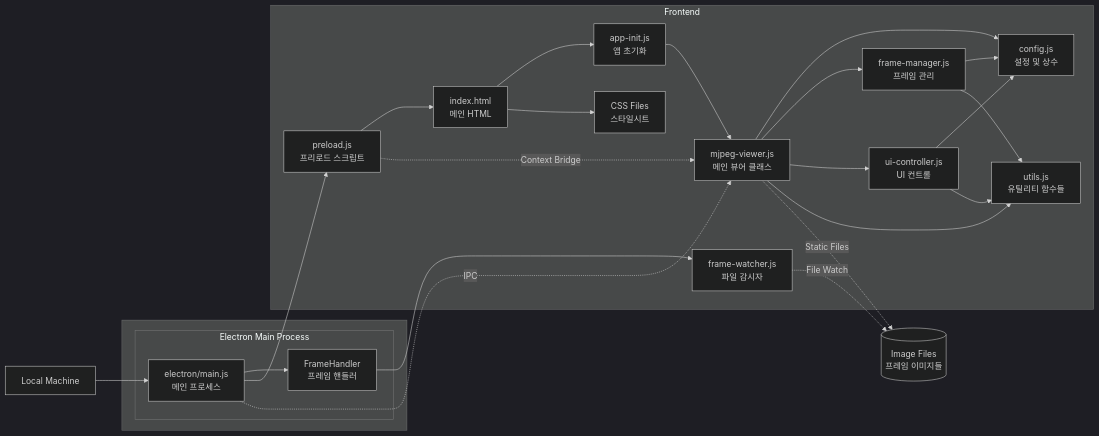
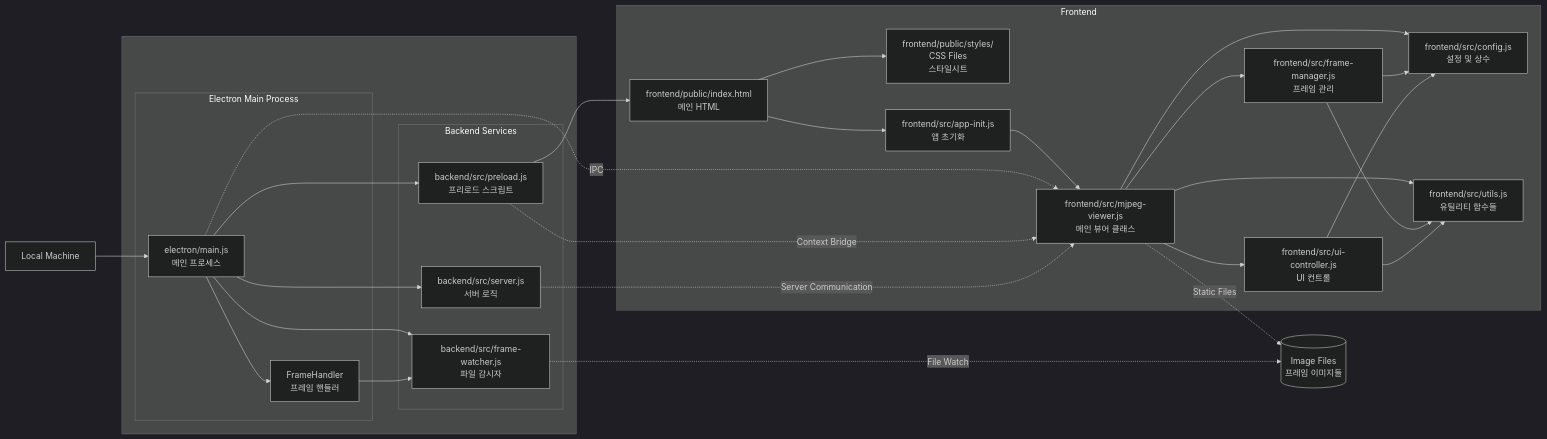
The first of 4 diagrams in README.md (ddonyo/camera), drawn with Mermaid (dark theme) before and after one commit. The commit also changed other lines of this file, not shown here.

````diff
--- a/README.md
+++ b/README.md
@@ -75,46 +75,52 @@
 ```mermaid
 graph LR
     AA[Local Machine]
     subgraph " "
         subgraph "Electron Main Process"
             A[electron/main.js<br/>메인 프로세스]
             D[FrameHandler<br/>프레임 핸들러]
         end
+        subgraph "Backend Services"
+            B[backend/src/preload.js<br/>프리로드 스크립트]
+            O[backend/src/frame-watcher.js<br/>파일 감시자]
+            S[backend/src/server.js<br/>서버 로직]
+        end
     end
     subgraph "Frontend"
-        B[preload.js<br/>프리로드 스크립트]
-        G[index.html<br/>메인 HTML]
-        H[mjpeg-viewer.js<br/>메인 뷰어 클래스]
-        I[config.js<br/>설정 및 상수]
-        J[frame-manager.js<br/>프레임 관리]
-        K[ui-controller.js<br/>UI 컨트롤]
-        L[utils.js<br/>유틸리티 함수들]
-        M[CSS Files<br/>스타일시트]
-        O[frame-watcher.js<br/>파일 감시자]
-        P[app-init.js<br/>앱 초기화]
+        G[frontend/public/index.html<br/>메인 HTML]
+        H[frontend/src/mjpeg-viewer.js<br/>메인 뷰어 클래스]
+        I[frontend/src/config.js<br/>설정 및 상수]
+        J[frontend/src/frame-manager.js<br/>프레임 관리]
+        K[frontend/src/ui-controller.js<br/>UI 컨트롤]
+        L[frontend/src/utils.js<br/>유틸리티 함수들]
+        M[frontend/public/styles/<br/>CSS Files<br/>스타일시트]
+        P[frontend/src/app-init.js<br/>앱 초기화]
     end
 
     N[(Image Files<br/>프레임 이미지들)]
 
     AA --> A
     A --> D
     A --> B
+    A --> O
+    A --> S
     D --> O
     B --> G
     G --> P
     P --> H
     H --> I
     H --> J
     H --> K
     H --> L
     J --> I
     J --> L
     K --> I
     K --> L
     G --> M
 
     A -.->|IPC| H
     B -.->|Context Bridge| H
     H -.->|Static Files| N
     O -.->|File Watch| N
+    S -.->|Server Communication| H
 ```
````
